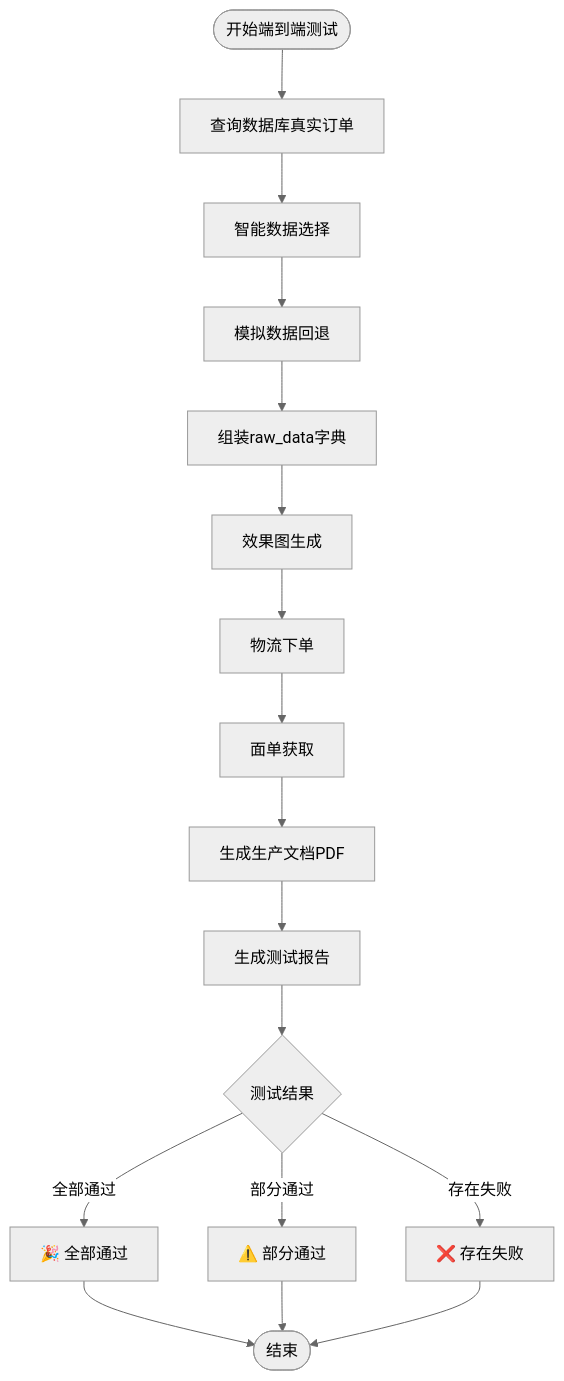
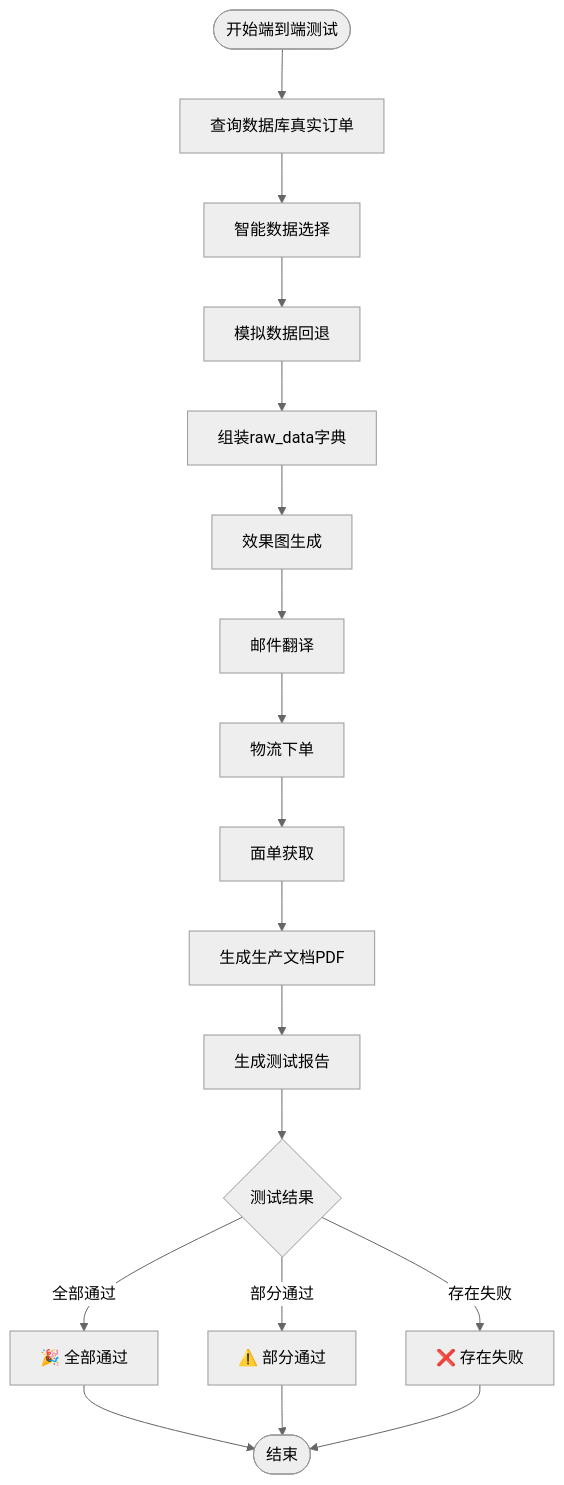
Before and after one commit to SY6621/POD-Order-Management: the tenth of 21 diagrams in .qoder/repowiki/zh/content/开发指南/测试与开发工具.md, drawn with Mermaid (neutral theme). The commit also changed other lines of this file and 20 other files, not shown here.

````diff
--- a/.qoder/repowiki/zh/content/开发指南/测试与开发工具.md
+++ b/.qoder/repowiki/zh/content/开发指南/测试与开发工具.md
@@ -430,19 +474,20 @@
 ```mermaid
 flowchart TD
 Start([开始端到端测试]) --> DataQuery[查询数据库真实订单]
 DataQuery --> SmartSelect[智能数据选择]
 SmartSelect --> MockFallback[模拟数据回退]
 MockFallback --> RawData[组装raw_data字典]
 RawData --> EffectGen[效果图生成]
-EffectGen --> Shipping[物流下单]
+EffectGen --> Translation[邮件翻译]
+Translation --> Shipping[物流下单]
 Shipping --> LabelGet[面单获取]
 LabelGet --> PDFGen[生成生产文档PDF]
 PDFGen --> Report[生成测试报告]
 Report --> Result{测试结果}
 Result --> |全部通过| Success[🎉 全部通过]
 Result --> |部分通过| Warning[⚠️ 部分通过]
 Result --> |存在失败| Fail[❌ 存在失败]
 Success --> End([结束])
 Warning --> End
 Fail --> End
 ```
````
